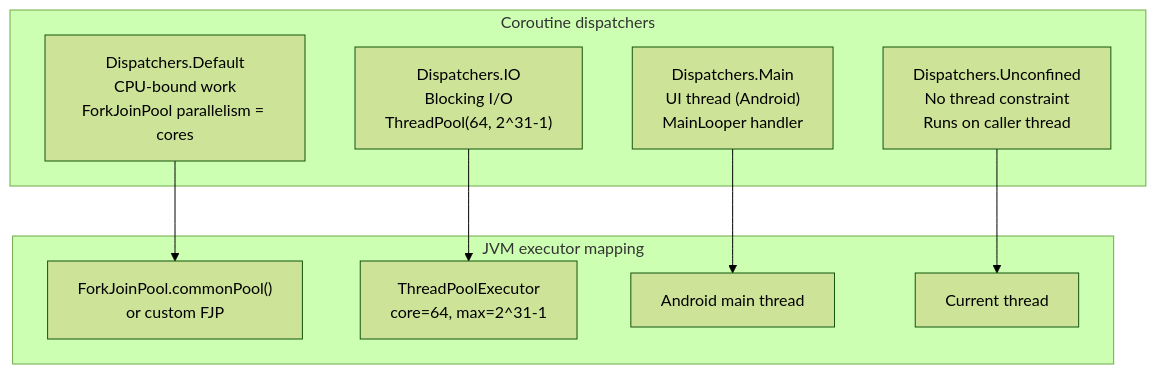
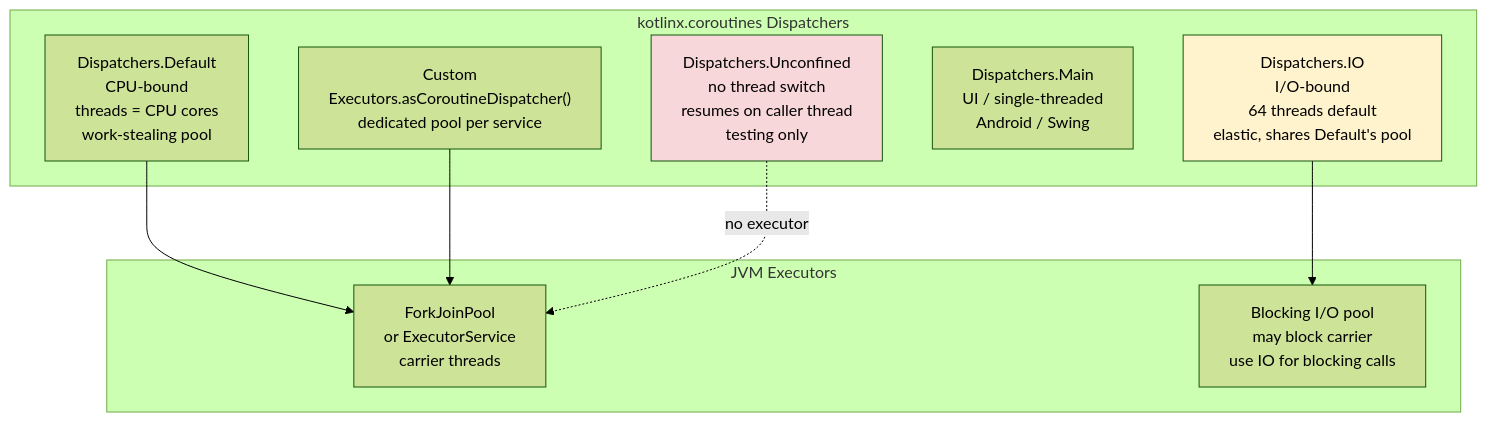
One commit to bumbsclaw/textbooks changed the sixth of 8 diagrams in vol-18-jvm-kotlin/ch07-kotlin-interop.md. Above: the diagram before and after it, drawn with Mermaid (forest theme). The commit also changed other lines of this file and 5 other files, not shown here.

````diff
--- a/vol-18-jvm-kotlin/ch07-kotlin-interop.md
+++ b/vol-18-jvm-kotlin/ch07-kotlin-interop.md
@@ -632,19 +934,20 @@
 ```mermaid
 flowchart TB
-    subgraph DISPATCHERS["Coroutine dispatchers"]
-        D1["Dispatchers.Default<br/>CPU-bound work<br/>ForkJoinPool parallelism = cores"]
-        D2["Dispatchers.IO<br/>Blocking I/O<br/>ThreadPool(64, 2^31-1)"]
-        D3["Dispatchers.Main<br/>UI thread (Android)<br/>MainLooper handler"]
-        D4["Dispatchers.Unconfined<br/>No thread constraint<br/>Runs on caller thread"]
+    subgraph Dispatchers["kotlinx.coroutines Dispatchers"]
+        D1["Dispatchers.Default<br/>CPU-bound<br/>threads = CPU cores<br/>work-stealing pool"]
+        D2["Dispatchers.IO<br/>I/O-bound<br/>64 threads default<br/>elastic, shares Default's pool"]
+        D3["Dispatchers.Unconfined<br/>no thread switch<br/>resumes on caller thread<br/>testing only"]
+        D4["Dispatchers.Main<br/>UI / single-threaded<br/>Android / Swing"]
+        D5["Custom<br/>Executors.asCoroutineDispatcher()<br/>dedicated pool per service"]
     end
-    subgraph J_VM["JVM executor mapping"]
-        E1["ForkJoinPool.commonPool()<br/>or custom FJP"]
-        E2["ThreadPoolExecutor<br/>core=64, max=2^31-1"]
-        E3["Android main thread"]
-        E4["Current thread"]
+    subgraph Underlying["JVM Executors"]
+        E1["ForkJoinPool<br/>or ExecutorService<br/>carrier threads"]
+        E2["Blocking I/O pool<br/>may block carrier<br/>use IO for blocking calls"]
     end
     D1 --> E1
     D2 --> E2
-    D3 --> E3
-    D4 --> E4
+    D5 --> E1
+    D3 -.->|"no executor"| E1
+    style D2 fill:#FFF3CD
+    style D3 fill:#F8D7DA
 ```
````
